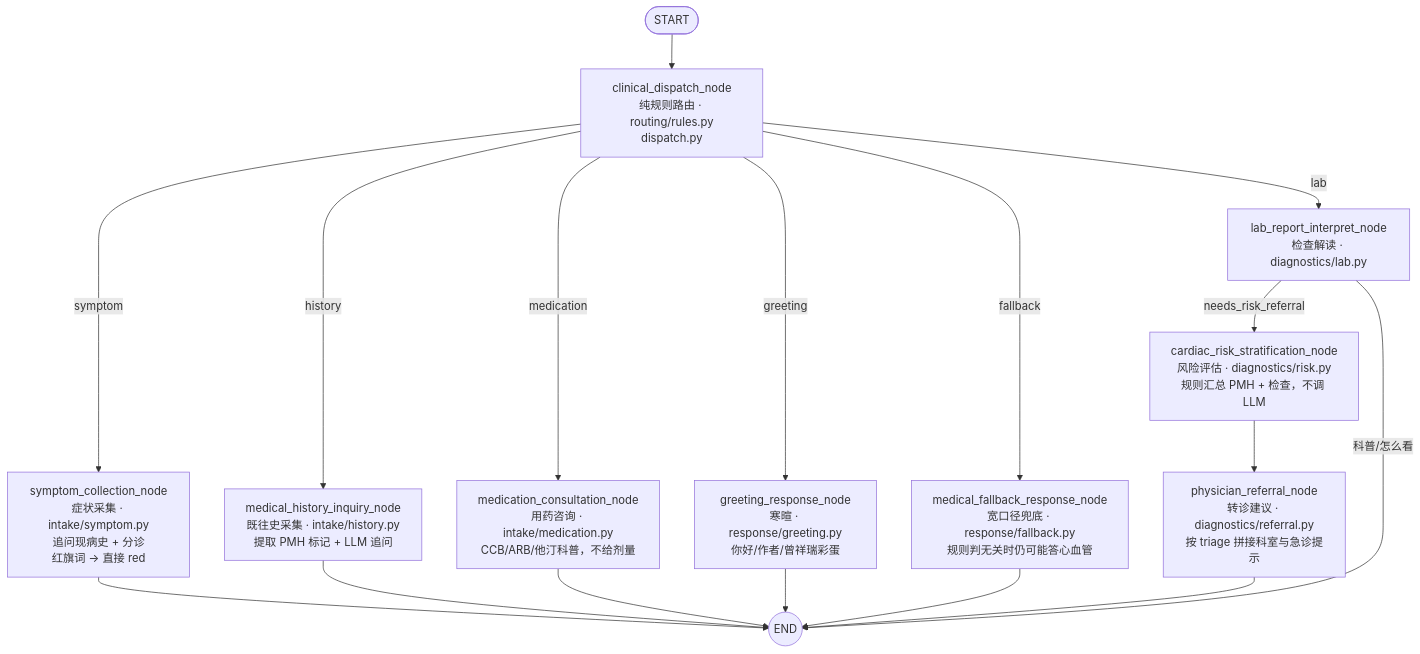
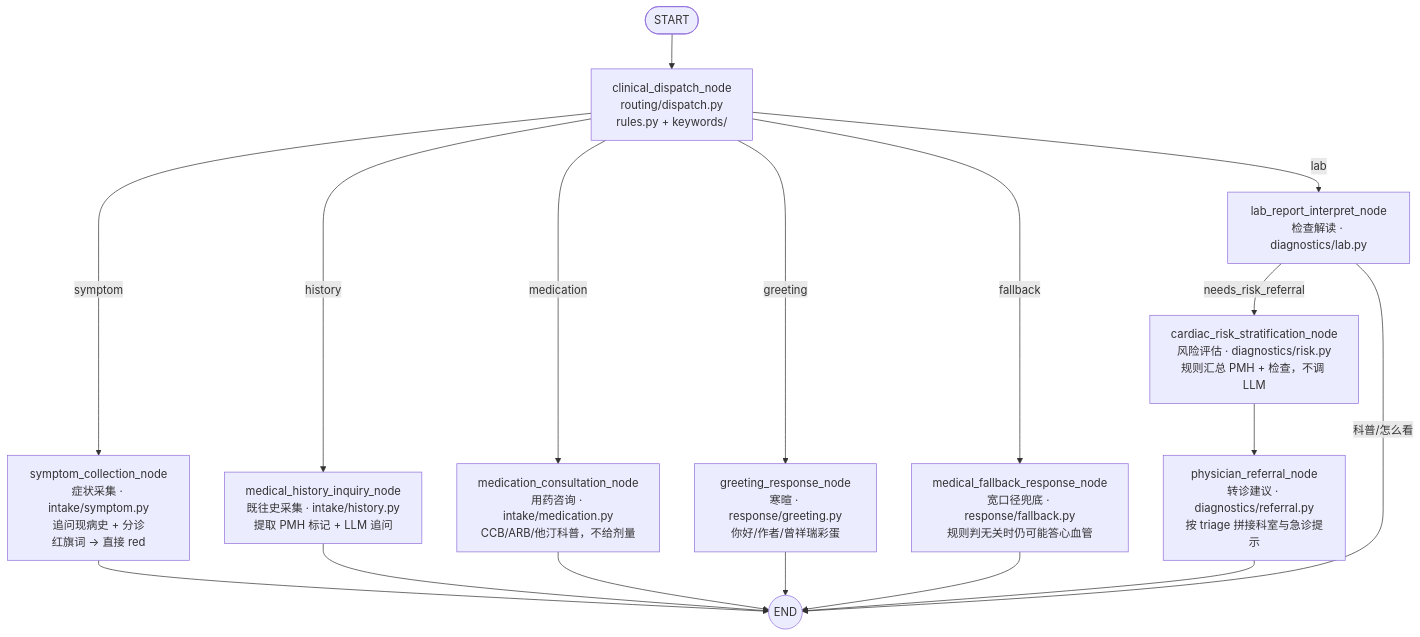
Before and after one commit to SherwinZeng/cardiologyintelligentagent: the second of 2 diagrams in services/ai-agent/README.md, drawn with Mermaid. The commit also changed other lines of this file and 31 other files, not shown here.

````diff
--- a/services/ai-agent/README.md
+++ b/services/ai-agent/README.md
@@ -107,22 +144,22 @@
 ```mermaid
 flowchart TD
-    startPoint(["START"]) --> dispatch["clinical_dispatch_node<br/>纯规则路由 · routing/rules.py<br/>dispatch.py"]
+    startPoint(["START"]) --> dispatch["clinical_dispatch_node<br/>routing/dispatch.py<br/>rules.py + keywords/"]
 
     dispatch -->|symptom| n_symptom["symptom_collection_node<br/>症状采集 · intake/symptom.py<br/>追问现病史 + 分诊<br/>红旗词 → 直接 red"]
     dispatch -->|history| n_history["medical_history_inquiry_node<br/>既往史采集 · intake/history.py<br/>提取 PMH 标记 + LLM 追问"]
     dispatch -->|medication| n_medication["medication_consultation_node<br/>用药咨询 · intake/medication.py<br/>CCB/ARB/他汀科普，不给剂量"]
     dispatch -->|greeting| n_greeting["greeting_response_node<br/>寒暄 · response/greeting.py<br/>你好/作者/曾祥瑞彩蛋"]
     dispatch -->|fallback| n_fallback["medical_fallback_response_node<br/>宽口径兜底 · response/fallback.py<br/>规则判无关时仍可能答心血管"]
     dispatch -->|lab| n_lab["lab_report_interpret_node<br/>检查解读 · diagnostics/lab.py"]
 
     n_lab -->|needs_risk_referral| n_risk["cardiac_risk_stratification_node<br/>风险评估 · diagnostics/risk.py<br/>规则汇总 PMH + 检查，不调 LLM"]
     n_lab -->|科普/怎么看| graphEnd(("END"))
     n_risk --> n_referral["physician_referral_node<br/>转诊建议 · diagnostics/referral.py<br/>按 triage 拼接科室与急诊提示"]
 
     n_symptom --> graphEnd(("END"))
     n_history --> graphEnd
     n_medication --> graphEnd
     n_greeting --> graphEnd
     n_fallback --> graphEnd
     n_referral --> graphEnd
 ```
````
